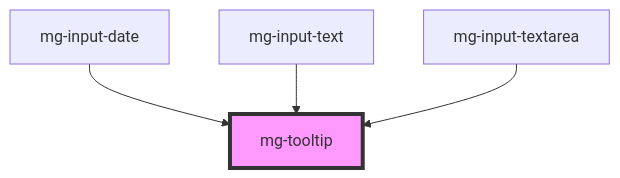
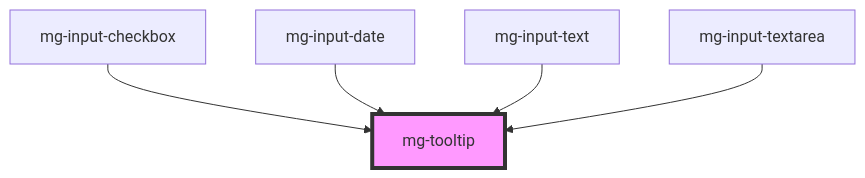
The diagram in src/components/atoms/mg-tooltip/readme.md (MGDIS/mg-components), drawn with Mermaid before and after one commit. The commit also changed other lines of this file and 14 other files, not shown here.

Commit message:
fix(mg-input-checkbox): use locale values on readonly component

````diff
--- a/src/components/atoms/mg-tooltip/readme.md
+++ b/src/components/atoms/mg-tooltip/readme.md
@@ -25,7 +26,8 @@
 ```mermaid
 graph TD;
+  mg-input-checkbox --> mg-tooltip
   mg-input-date --> mg-tooltip
   mg-input-text --> mg-tooltip
   mg-input-textarea --> mg-tooltip
   style mg-tooltip fill:#f9f,stroke:#333,stroke-width:4px
 ```
````
